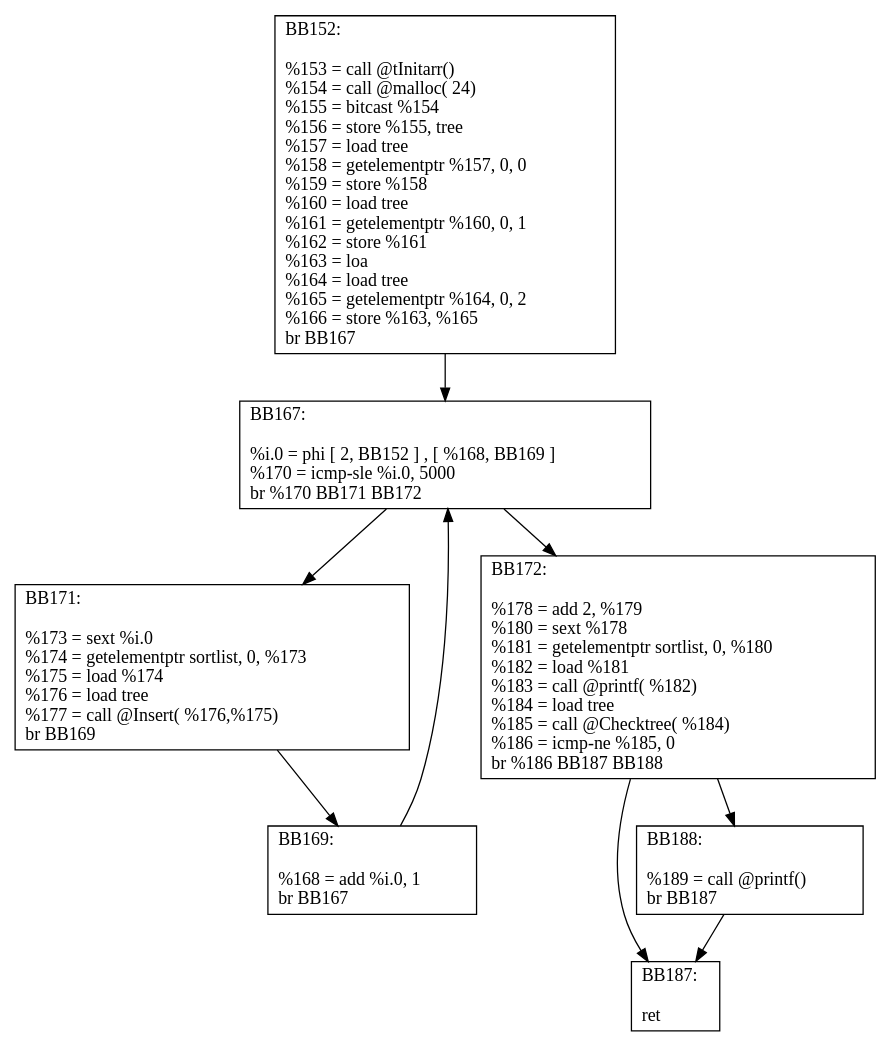
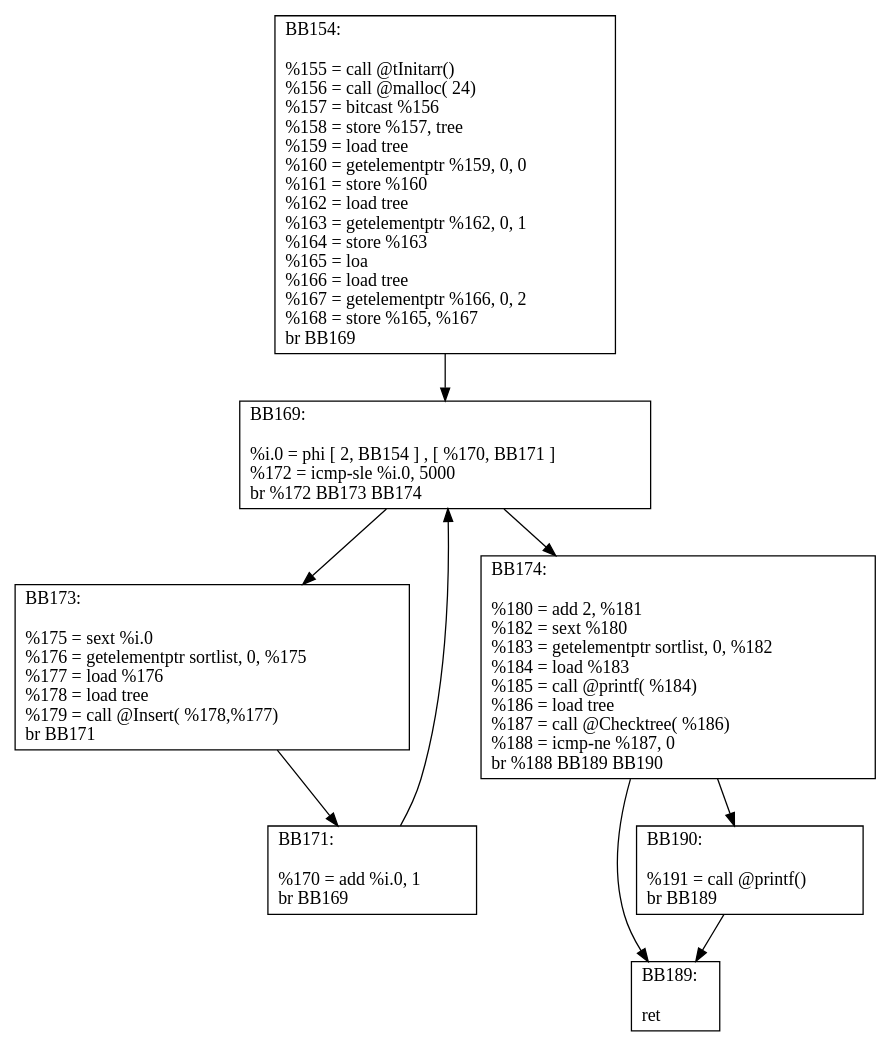
Before and after one commit to angelica-moreira/CfgGenerator: the diagram in src/dot_files/Treesort/Trees.dot, drawn with Graphviz. The commit also changed 83 other files, not shown here.

Commit message:
Updating the phi node label generator for the special case when it does not have name and updating the dot files

```diff
--- a/src/dot_files/Treesort/Trees.dot
+++ b/src/dot_files/Treesort/Trees.dot
@@ -1,69 +1,69 @@
 digraph "CFG for 'Trees' function" {
-BB152 [shape=record,
-    label="{BB152:\l\l
-             %153 = call @tInitarr()\l
-             %154 = call @malloc( 24)\l
-             %155 = bitcast %154\l
-             %156 = store %155, tree\l
-             %157 = load tree\l
-             %158 = getelementptr %157, 0, 0\l
-             %159 = store %158\l
-             %160 = load tree\l
-             %161 = getelementptr %160, 0, 1\l
-             %162 = store %161\l
-             %163 = loa\l
-             %164 = load tree\l
-             %165 = getelementptr %164, 0, 2\l
-             %166 = store %163, %165\l
-             br BB167\l
+BB154 [shape=record,
+    label="{BB154:\l\l
+             %155 = call @tInitarr()\l
+             %156 = call @malloc( 24)\l
+             %157 = bitcast %156\l
+             %158 = store %157, tree\l
+             %159 = load tree\l
+             %160 = getelementptr %159, 0, 0\l
+             %161 = store %160\l
+             %162 = load tree\l
+             %163 = getelementptr %162, 0, 1\l
+             %164 = store %163\l
+             %165 = loa\l
+             %166 = load tree\l
+             %167 = getelementptr %166, 0, 2\l
+             %168 = store %165, %167\l
+             br BB169\l
              }"];
-BB152 -> BB167
-BB167 [shape=record,
-    label="{BB167:\l\l
-             %i.0 = phi [ 2, BB152 ] , [ %168, BB169 ] \l
-             %170 = icmp-sle %i.0, 5000\l
-             br %170 BB171 BB172\l
+BB154 -> BB169
+BB169 [shape=record,
+    label="{BB169:\l\l
+             %i.0 = phi [ 2, BB154 ] , [ %170, BB171 ] \l
+             %172 = icmp-sle %i.0, 5000\l
+             br %172 BB173 BB174\l
              }"];
-BB167 -> BB171
-BB167 -> BB172
+BB169 -> BB173
+BB169 -> BB174
+BB173 [shape=record,
+    label="{BB173:\l\l
+             %175 = sext %i.0\l
+             %176 = getelementptr sortlist, 0, %175\l
+             %177 = load %176\l
+             %178 = load tree\l
+             %179 = call @Insert( %178,%177)\l
+             br BB171\l
+             }"];
+BB173 -> BB171
 BB171 [shape=record,
     label="{BB171:\l\l
-             %173 = sext %i.0\l
-             %174 = getelementptr sortlist, 0, %173\l
-             %175 = load %174\l
-             %176 = load tree\l
-             %177 = call @Insert( %176,%175)\l
+             %170 = add %i.0, 1\l
              br BB169\l
              }"];
 BB171 -> BB169
-BB169 [shape=record,
-    label="{BB169:\l\l
-             %168 = add %i.0, 1\l
-             br BB167\l
+BB174 [shape=record,
+    label="{BB174:\l\l
+             %180 = add 2, %181\l
+             %182 = sext %180\l
+             %183 = getelementptr sortlist, 0, %182\l
+             %184 = load %183\l
+             %185 = call @printf( %184)\l
+             %186 = load tree\l
+             %187 = call @Checktree( %186)\l
+             %188 = icmp-ne %187, 0\l
+             br %188 BB189 BB190\l
              }"];
-BB169 -> BB167
-BB172 [shape=record,
-    label="{BB172:\l\l
-             %178 = add 2, %179\l
-             %180 = sext %178\l
-             %181 = getelementptr sortlist, 0, %180\l
-             %182 = load %181\l
-             %183 = call @printf( %182)\l
-             %184 = load tree\l
-             %185 = call @Checktree( %184)\l
-             %186 = icmp-ne %185, 0\l
-             br %186 BB187 BB188\l
+BB174 -> BB189
+BB174 -> BB190
+BB190 [shape=record,
+    label="{BB190:\l\l
+             %191 = call @printf()\l
+             br BB189\l
              }"];
-BB172 -> BB187
-BB172 -> BB188
-BB188 [shape=record,
-    label="{BB188:\l\l
-             %189 = call @printf()\l
-             br BB187\l
-             }"];
-BB188 -> BB187
-BB187 [shape=record,
-    label="{BB187:\l\l
+BB190 -> BB189
+BB189 [shape=record,
+    label="{BB189:\l\l
              ret\l
              }"];
 }
```
